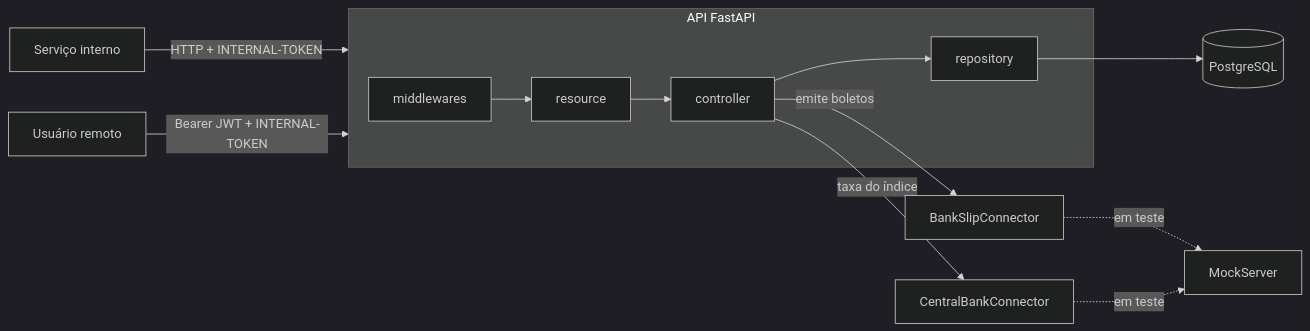
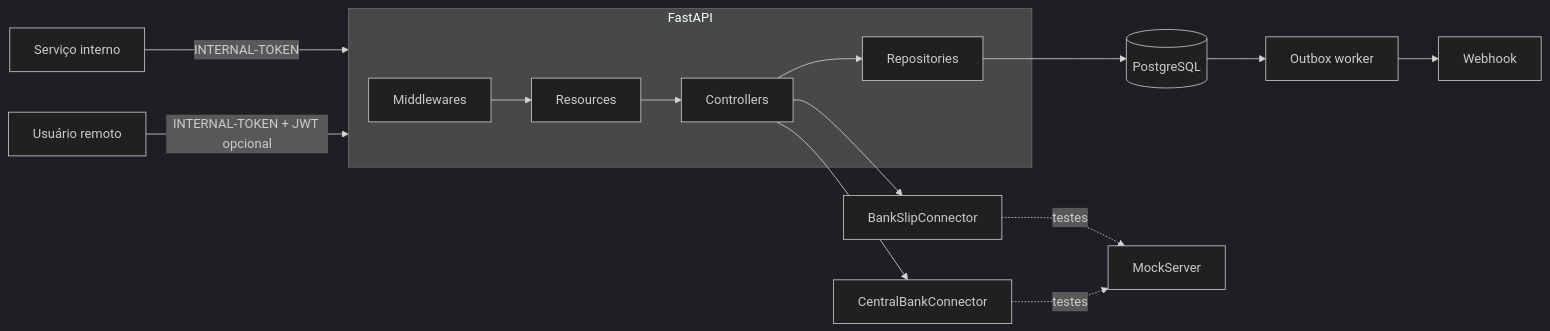
One commit to Faraoh-Back/BootcampQITech_UnicampE-Racing changed the first of 2 diagrams in docs/RFC.md. Above: the diagram before and after it, drawn with Mermaid (dark theme). The commit also changed other lines of this file and 7 other files, not shown here.

````diff
--- a/docs/RFC.md
+++ b/docs/RFC.md
@@ -28,13 +23,14 @@
 ```mermaid
 flowchart LR
-    C["Serviço interno"] -->|"HTTP + INTERNAL-TOKEN"| API
-    U["Usuário remoto"] -->|"Bearer JWT + INTERNAL-TOKEN"| API
-    subgraph API["API FastAPI"]
-        M["middlewares"] --> R["resource"] --> K["controller"] --> P["repository"]
-    end
-    P --> DB[("PostgreSQL")]
-    K -->|"emite boletos"| BS["BankSlipConnector"]
-    K -->|"taxa do índice"| CB["CentralBankConnector"]
-    BS -.->|"em teste"| MS["MockServer"]
-    CB -.->|"em teste"| MS
+ I[Serviço interno] -->|INTERNAL-TOKEN| API
+ U[Usuário remoto] -->|INTERNAL-TOKEN + JWT opcional| API
+ subgraph API[FastAPI]
+ M[Middlewares] --> R[Resources] --> C[Controllers] --> P[Repositories]
+ end
+ P --> DB[(PostgreSQL)]
+ C --> BS[BankSlipConnector]
+ C --> CB[CentralBankConnector]
+ BS -. testes .-> MS[MockServer]
+ CB -. testes .-> MS
+ DB --> OW[Outbox worker] --> WH[Webhook]
 ```
````
